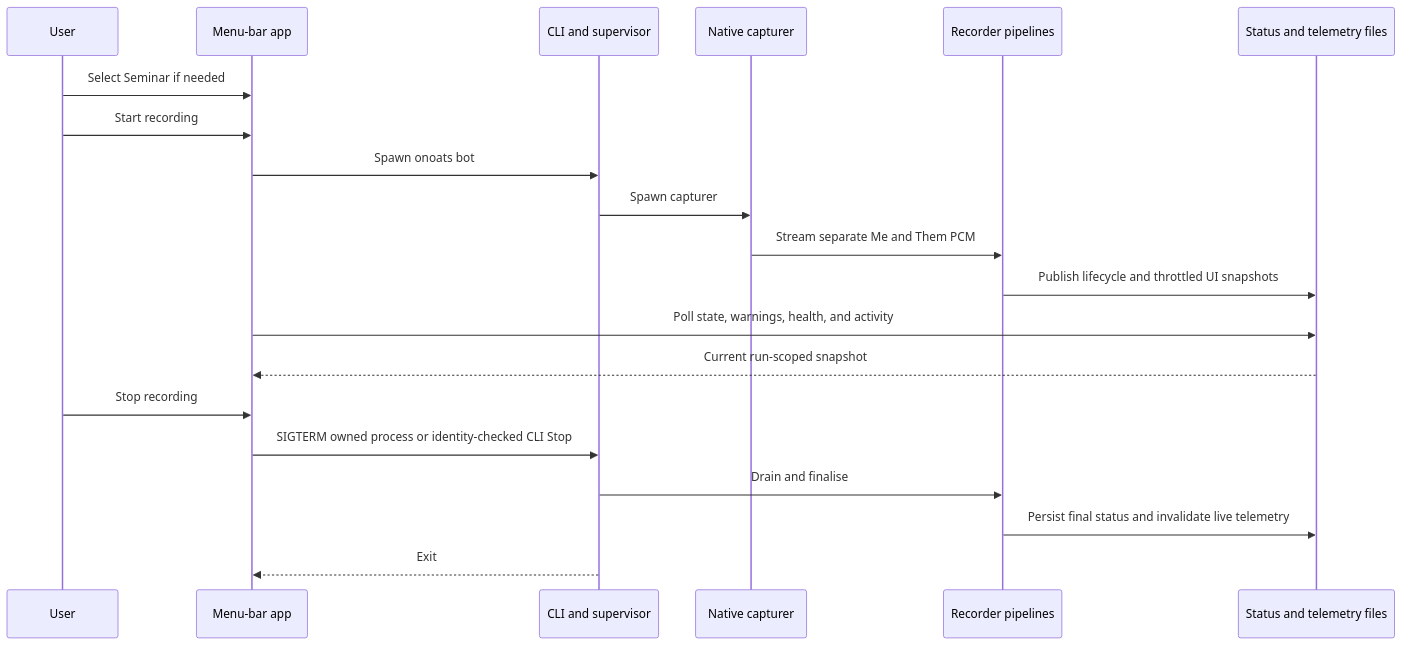
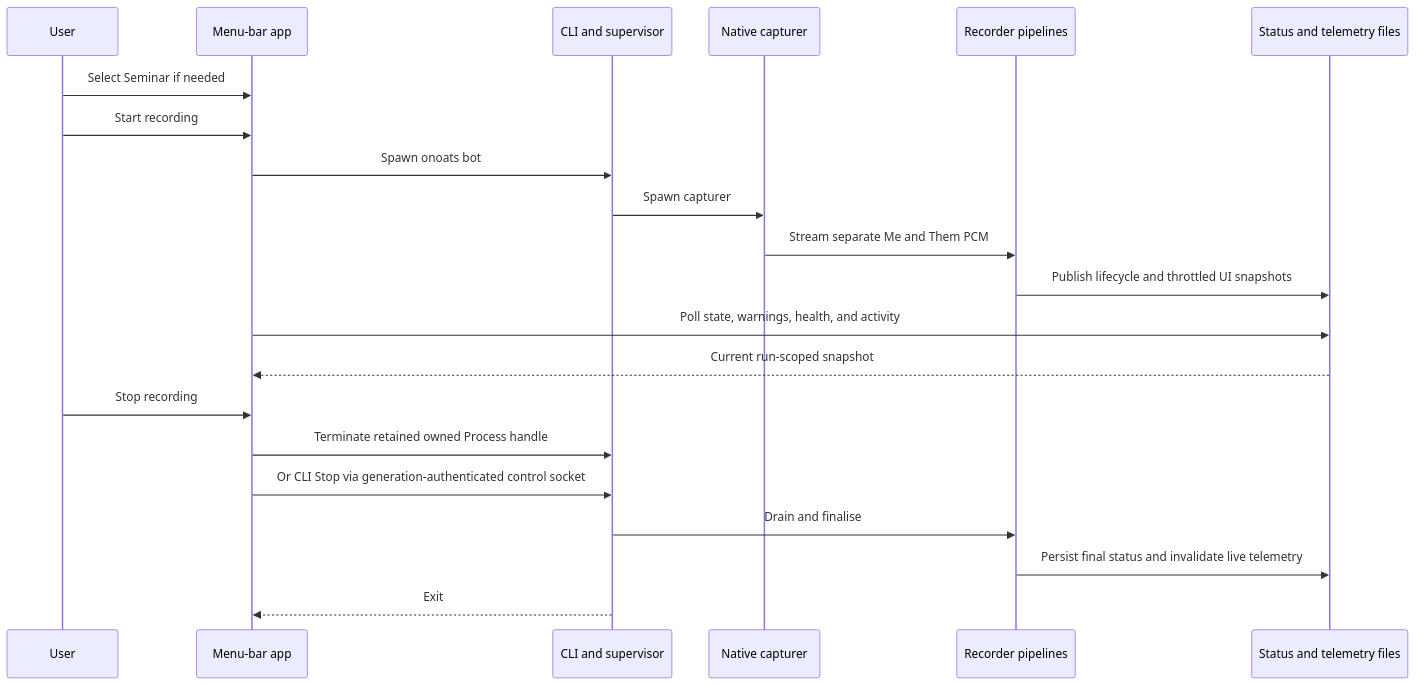
One commit to vr000m/onoats-bot changed the second of 2 diagrams in docs/dev_plans/20261028-feature-menubar-control-panel.md. Above: the diagram before and after it, drawn with Mermaid. The commit also changed other lines of this file, not shown here.

Commit message:
docs: add recorder-owned control channel phase

````diff
--- a/docs/dev_plans/20261028-feature-menubar-control-panel.md
+++ b/docs/dev_plans/20261028-feature-menubar-control-panel.md
@@ -450,23 +488,24 @@
 ```mermaid
 sequenceDiagram
     participant U as User
     participant M as Menu-bar app
     participant P as CLI and supervisor
     participant N as Native capturer
     participant R as Recorder pipelines
     participant F as Status and telemetry files
 
     U->>M: Select Seminar if needed
     U->>M: Start recording
     M->>P: Spawn onoats bot
     P->>N: Spawn capturer
     N->>R: Stream separate Me and Them PCM
     R->>F: Publish lifecycle and throttled UI snapshots
     M->>F: Poll state, warnings, health, and activity
     F-->>M: Current run-scoped snapshot
     U->>M: Stop recording
-    M->>P: SIGTERM owned process or identity-checked CLI Stop
+    M->>P: Terminate retained owned Process handle
+    M->>P: Or CLI Stop via generation-authenticated control socket
     P->>R: Drain and finalise
     R->>F: Persist final status and invalidate live telemetry
     P-->>M: Exit
 ```
````
